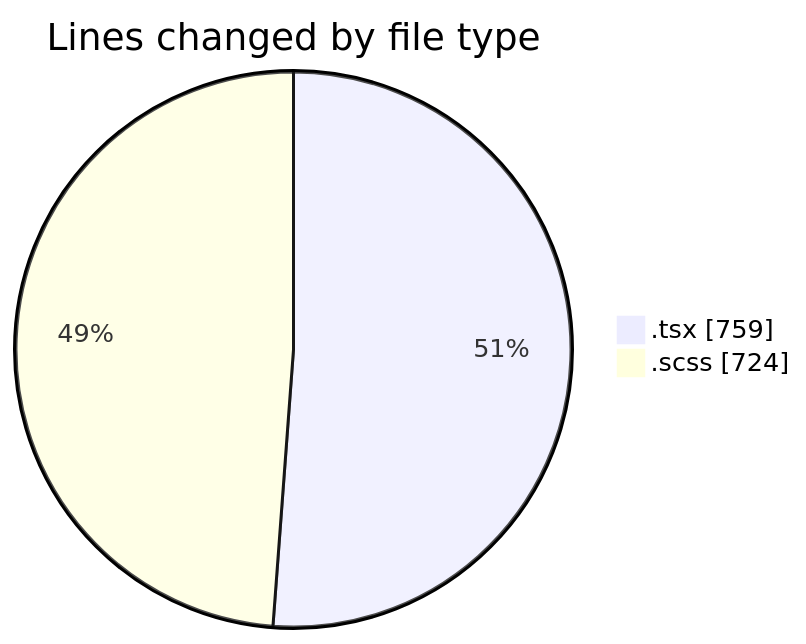
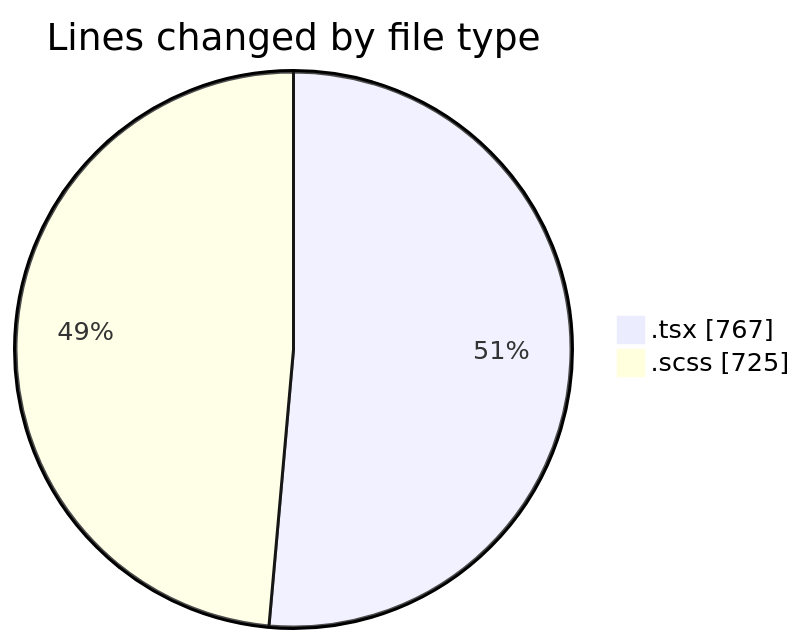
The first of 2 diagrams in 2025-10-06/cda/README.md (momahboobian/code-tracking), drawn with Mermaid before and after one commit. The commit also changed other lines of this file and 1 other file, not shown here.

````diff
--- a/2025-10-06/cda/README.md
+++ b/2025-10-06/cda/README.md
@@ -24,6 +24,6 @@
 ```mermaid
 pie showData
 title Lines changed by file type
-".tsx" : 759
-".scss" : 724
+".tsx" : 767
+".scss" : 725
 ```
````
